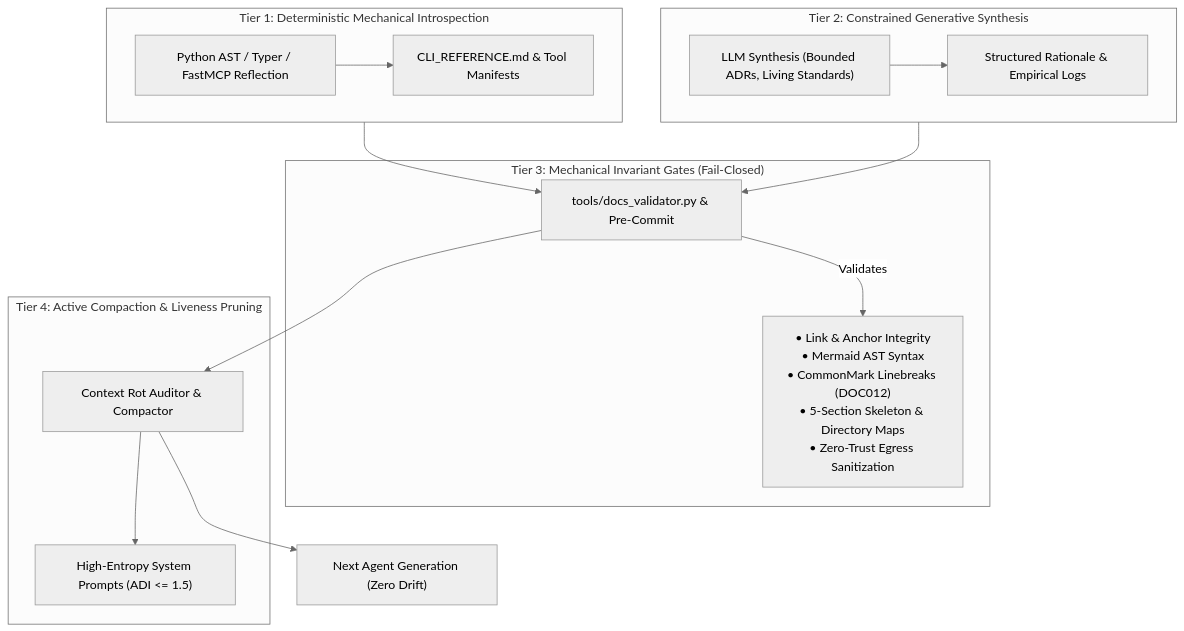
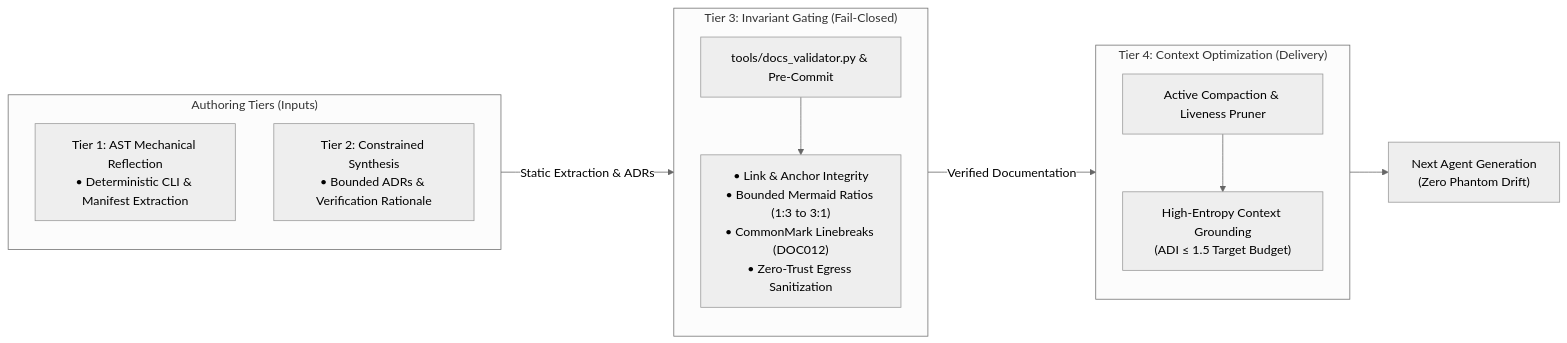
One commit to dan-petty/vibes changed the diagram in patterns/multi-tier-living-documentation.md. Above: the diagram before and after it, drawn with Mermaid (neutral theme). The commit also changed 2 other files, not shown here.

Commit message:
docs(mermaid): enforce bounded 1:3 to 3:1 aspect ratios and rebalance flowcharts

````diff
--- a/patterns/multi-tier-living-documentation.md
+++ b/patterns/multi-tier-living-documentation.md
@@ -27,24 +27,26 @@
 ```mermaid
-flowchart TD
-    subgraph Tier1 ["Tier 1: Deterministic Mechanical Introspection"]
-        T1_AST["Python AST / Typer / FastMCP Reflection"] --> T1_Out["CLI_REFERENCE.md & Tool Manifests"]
+flowchart LR
+    subgraph S1 ["Authoring Tiers (Inputs)"]
+        direction TB
+        T1["Tier 1: AST Mechanical Reflection<br/>• Deterministic CLI & Manifest Extraction"]
+        T2["Tier 2: Constrained Synthesis<br/>• Bounded ADRs & Verification Rationale"]
     end
 
-    subgraph Tier2 ["Tier 2: Constrained Generative Synthesis"]
-        T2_LLM["LLM Synthesis (Bounded ADRs, Living Standards)"] --> T2_Out["Structured Rationale & Empirical Logs"]
+    subgraph S2 ["Tier 3: Invariant Gating (Fail-Closed)"]
+        direction TB
+        T3_Val["tools/docs_validator.py & Pre-Commit"]
+        T3_Rules["• Link & Anchor Integrity<br/>• Bounded Mermaid Ratios (1:3 to 3:1)<br/>• CommonMark Linebreaks (DOC012)<br/>• Zero-Trust Egress Sanitization"]
+        T3_Val --> T3_Rules
     end
 
-    subgraph Tier3 ["Tier 3: Mechanical Invariant Gates (Fail-Closed)"]
-        T3_Validator["tools/docs_validator.py & Pre-Commit"]
-        T3_Validator -->|Validates| T3_Rules["• Link & Anchor Integrity\n• Mermaid AST Syntax\n• CommonMark Linebreaks (DOC012)\n• 5-Section Skeleton & Directory Maps\n• Zero-Trust Egress Sanitization"]
+    subgraph S3 ["Tier 4: Context Optimization (Delivery)"]
+        direction TB
+        T4_Comp["Active Compaction & Liveness Pruner"]
+        T4_Ctx["High-Entropy Context Grounding<br/>(ADI &le; 1.5 Target Budget)"]
+        T4_Comp --> T4_Ctx
     end
 
-    subgraph Tier4 ["Tier 4: Active Compaction & Liveness Pruning"]
-        T4_Compactor["Context Rot Auditor & Compactor"] --> T4_Context["High-Entropy System Prompts (ADI <= 1.5)"]
-    end
-
-    Tier1 --> T3_Validator
-    Tier2 --> T3_Validator
-    T3_Validator --> T4_Compactor
-    T4_Compactor --> AgentRuntime["Next Agent Generation (Zero Drift)"]
+    S1 -->|"Static Extraction & ADRs"| S2
+    S2 -->|"Verified Documentation"| S3
+    S3 --> AgentRuntime["Next Agent Generation<br/>(Zero Phantom Drift)"]
 ```
````
